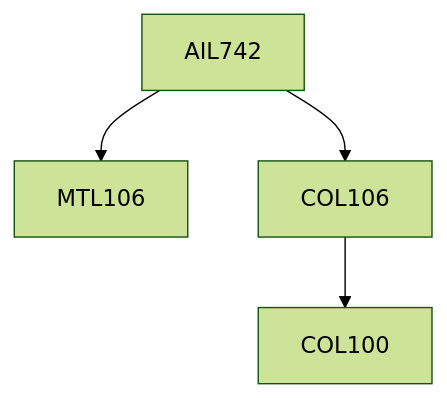
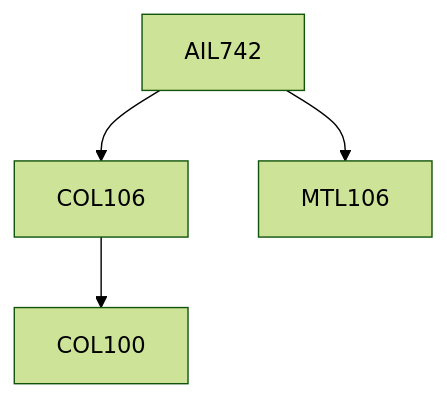
One commit to KeshavBansal0122/CoS_Website changed the diagram in content/School of Artificial Intelligence/AIL742.md. Above: the diagram before and after it, drawn with Mermaid (forest theme). The commit also changed other lines of this file and 392 other files, not shown here.

````diff
--- a/content/School of Artificial Intelligence/AIL742.md
+++ b/content/School of Artificial Intelligence/AIL742.md
@@ -13,10 +13,10 @@
 ```mermaid
 flowchart TD
 AIL742-5[AIL742]
+AIL742-5 --> COL106-5[COL106]
 AIL742-5 --> MTL106-5[MTL106]
-AIL742-5 --> COL106-5[COL106]
 COL106-5 --> COL100-5[COL100]
 
 classDef empty height:17px, fill:transparent, stroke:transparent;
 classDef trueEmpty height:0px, width:0px;
 ```
````
